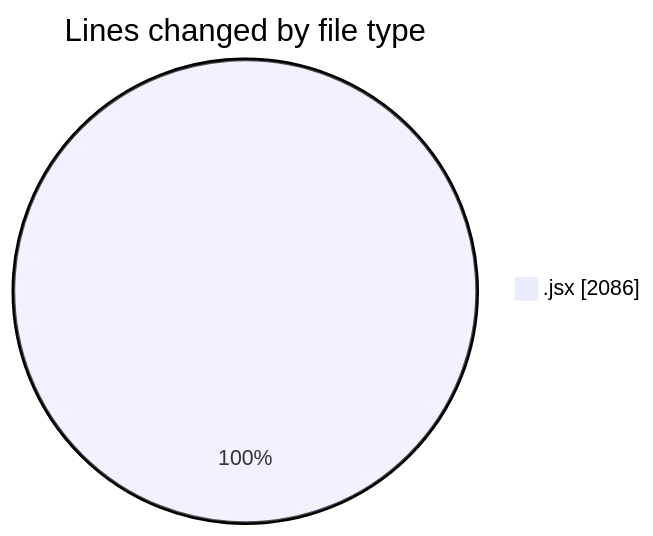
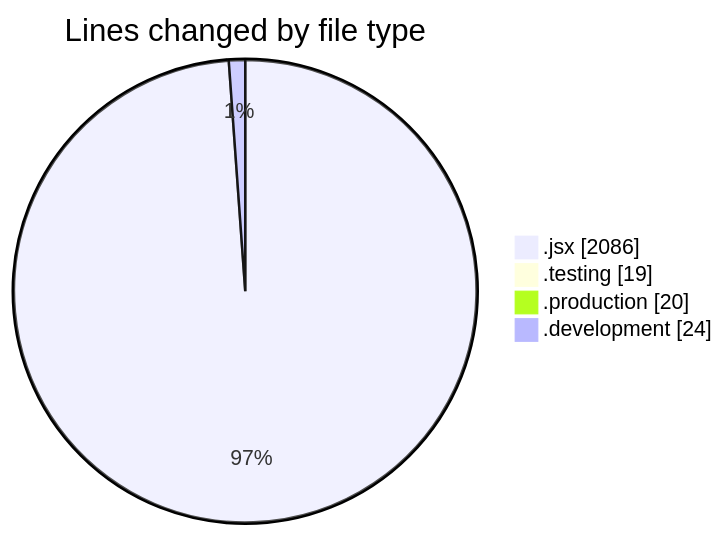
One commit to nxtqubesakshisongat/code-tracking changed the first of 2 diagrams in 2025-06-26/nxtqube_webapp/README.md. Above: the diagram before and after it, drawn with Mermaid. The commit also changed other lines of this file and 1 other file, not shown here.

````diff
--- a/2025-06-26/nxtqube_webapp/README.md
+++ b/2025-06-26/nxtqube_webapp/README.md
@@ -21,5 +24,8 @@
 ```mermaid
 pie showData
 title Lines changed by file type
 ".jsx" : 2086
+".testing" : 19
+".production" : 20
+".development" : 24
 ```
````
